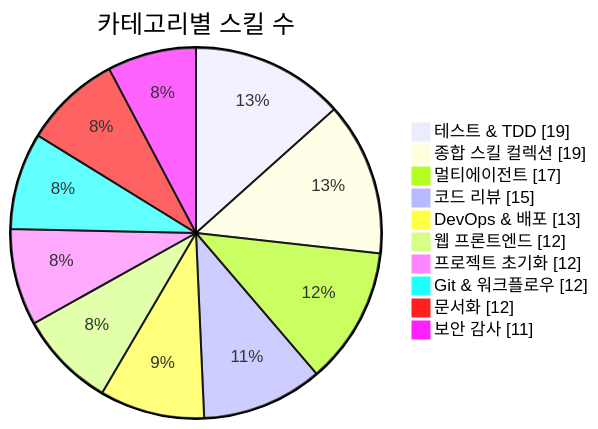
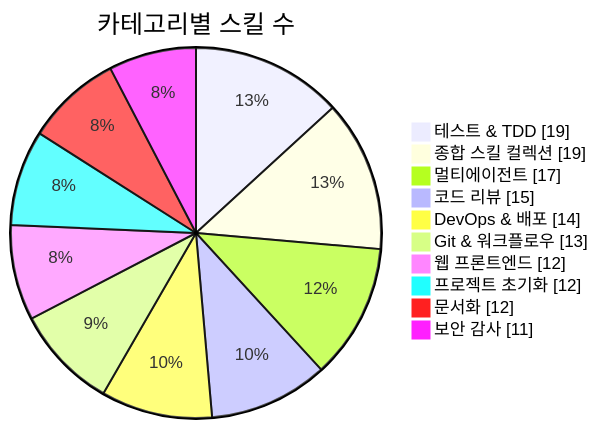
Before and after one commit to J-nowcow/awesome-korean-agent-skills: the first of 3 diagrams in README.md, drawn with Mermaid. The commit also changed other lines of this file and 6 other files, not shown here.

````diff
--- a/README.md
+++ b/README.md
@@ -176,14 +176,14 @@
 ```mermaid
 pie showData
     title 카테고리별 스킬 수
     "테스트 & TDD" : 19
     "종합 스킬 컬렉션" : 19
     "멀티에이전트" : 17
     "코드 리뷰" : 15
-    "DevOps & 배포" : 13
+    "DevOps & 배포" : 14
+    "Git & 워크플로우" : 13
     "웹 프론트엔드" : 12
     "프로젝트 초기화" : 12
-    "Git & 워크플로우" : 12
     "문서화" : 12
     "보안 감사" : 11
 ```
````
